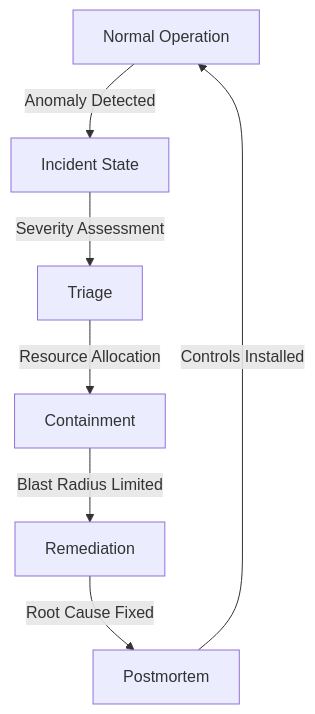
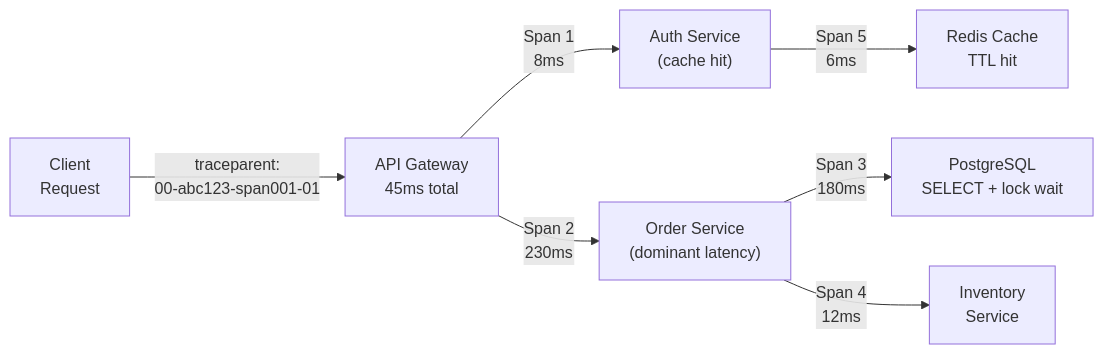
Before and after one commit to blebleblee/synapse: the third of 6 diagrams in topics/computing/infrastructure/devsecops/lesson_06_incident_response_chaos_resilience.md, drawn with Mermaid. The commit also changed other lines of this file and 6 other files, not shown here.

````diff
--- a/topics/computing/infrastructure/devsecops/lesson_06_incident_response_chaos_resilience.md
+++ b/topics/computing/infrastructure/devsecops/lesson_06_incident_response_chaos_resilience.md
@@ -11,9 +200,9 @@
 ```mermaid
-graph TD
-    A["Normal Operation"] -->|"Anomaly Detected"| B["Incident State"]
-    B -->|"Severity Assessment"| C["Triage"]
-    C -->|"Resource Allocation"| D["Containment"]
-    D -->|"Blast Radius Limited"| E["Remediation"]
-    E -->|"Root Cause Fixed"| F["Postmortem"]
-    F -->|"Controls Installed"| A
+graph LR
+    A["Client\nRequest"] -->|"traceparent:\n00-abc123-span001-01"| B["API Gateway\n45ms total"]
+    B -->|"Span 1\n8ms"| C["Auth Service\n(cache hit)"]
+    B -->|"Span 2\n230ms"| D["Order Service\n(dominant latency)"]
+    D -->|"Span 3\n180ms"| E["PostgreSQL\nSELECT + lock wait"]
+    D -->|"Span 4\n12ms"| F["Inventory\nService"]
+    C -->|"Span 5\n6ms"| G["Redis Cache\nTTL hit"]
 ```
````
